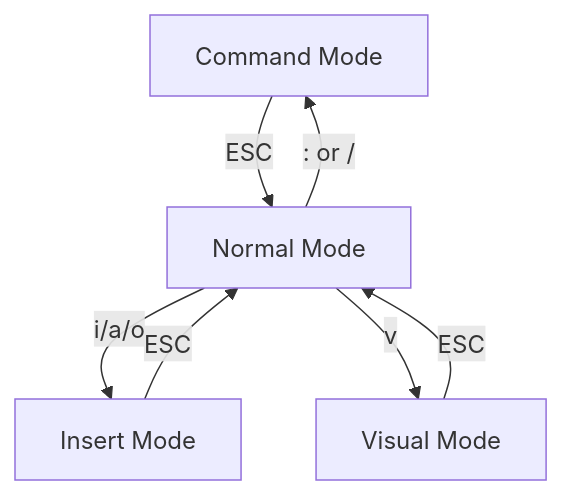
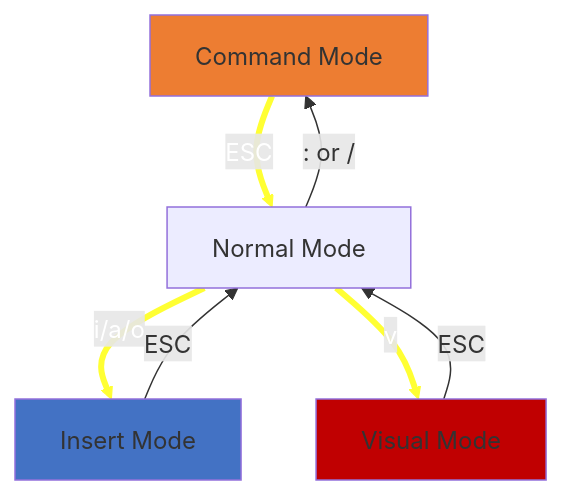
Before and after one commit to xinlc/talks: the diagram in 2023-10-vim/src/pages/04-入门.md, drawn with Mermaid. The commit also changed 4 other files, not shown here.

````diff
--- a/2023-10-vim/src/pages/04-入门.md
+++ b/2023-10-vim/src/pages/04-入门.md
@@ -26,9 +26,15 @@
 ```mermaid {theme: 'dark', scale: 1.0}
 flowchart TD
 c[Command Mode] -- ESC --> n[Normal Mode]
 n -- : or / --> c
 n -- i/a/o --> i[Insert Mode]
 i -- ESC --> n
 v[Visual Mode] -- ESC --> n
 n -- v --> v
+
+linkStyle 0,2,5 stroke:#ff3,stroke-width:4px,color:#fff
+style c fill:#ed7d32
+style i fill:#4372c4
+style v fill:#c00001
+
 ```
````
